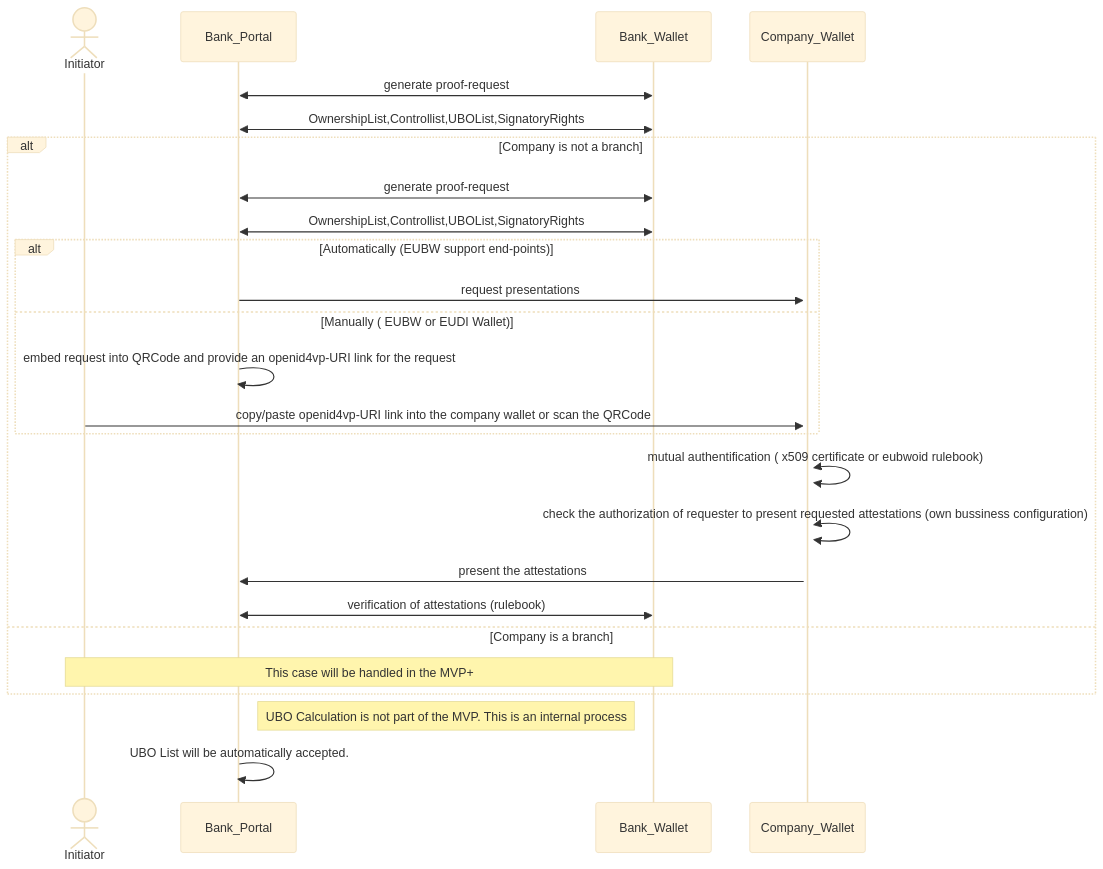
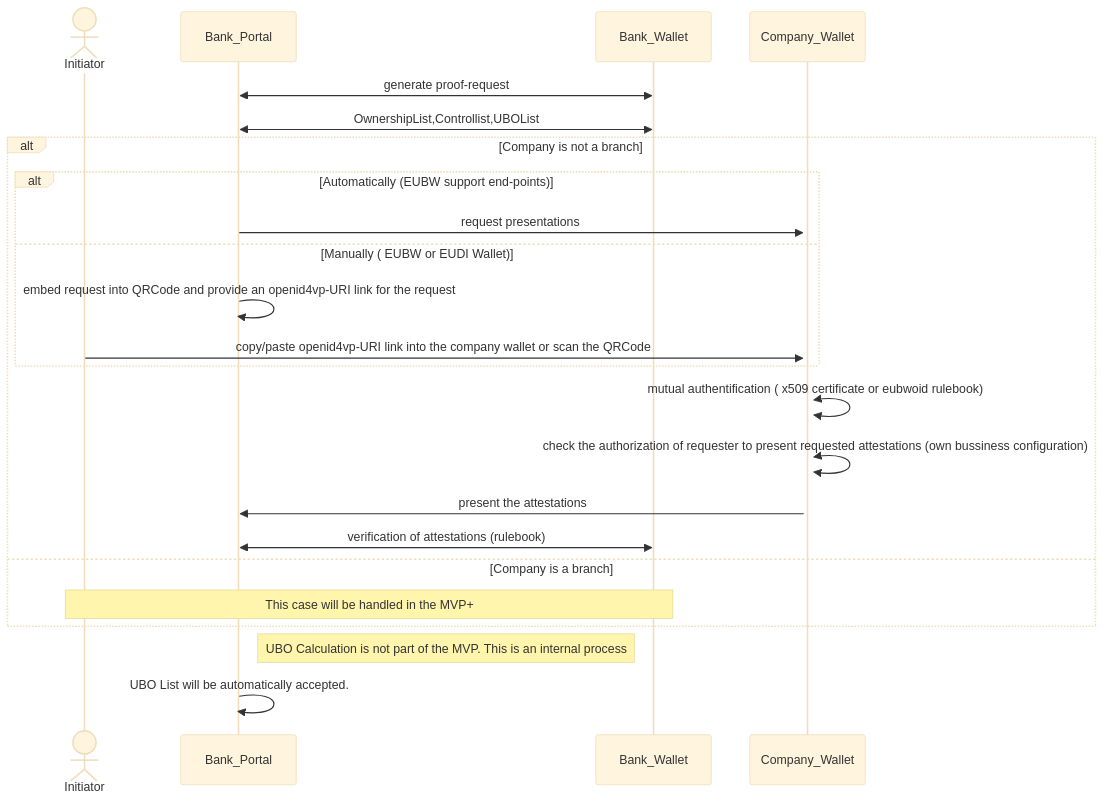
One commit to DominicHurni/wp3-technology-standards changed the sixth of 11 diagrams in PA3/PA3_MVP.md. Above: the diagram before and after it, drawn with Mermaid (base theme). The commit also changed other lines of this file and 2 other files, not shown here.

````diff
--- a/PA3/PA3_MVP.md
+++ b/PA3/PA3_MVP.md
@@ -118,25 +119,23 @@
 ```mermaid
 sequenceDiagram
     actor Initiator
     Bank_Portal<<->>Bank_Wallet: generate proof-request
-    Bank_Portal<<->>Bank_Wallet: OwnershipList,Controllist,UBOList,SignatoryRights
+    Bank_Portal<<->>Bank_Wallet: OwnershipList,Controllist,UBOList
     alt Company is not a branch
-        Bank_Portal<<->>Bank_Wallet: generate proof-request
-        Bank_Portal<<->>Bank_Wallet: OwnershipList,Controllist,UBOList,SignatoryRights
         alt Automatically (EUBW support end-points)
             Bank_Portal->>+Company_Wallet: request presentations
         else Manually ( EUBW or EUDI Wallet)
             Bank_Portal->>Bank_Portal: embed request into QRCode and provide an openid4vp-URI link for the request
             Initiator->>+Company_Wallet: copy/paste openid4vp-URI link into the company wallet or scan the QRCode
         end                 
         Company_Wallet<<->>Company_Wallet: mutual authentification ( x509 certificate or eubwoid rulebook)
         Company_Wallet<<->>Company_Wallet: check the authorization of requester to present requested attestations (own bussiness configuration)
         Company_Wallet->>Bank_Portal: present the attestations
         Bank_Portal<<->>Bank_Wallet: verification of attestations (rulebook)
     else Company is a branch
         Note over Initiator,Bank_Wallet: This case will be handled in the MVP+
     end
 
     Note right of Bank_Portal: UBO Calculation is not part of the MVP. This is an internal process
     Bank_Portal->>Bank_Portal: UBO List will be automatically accepted.
 ```
````
